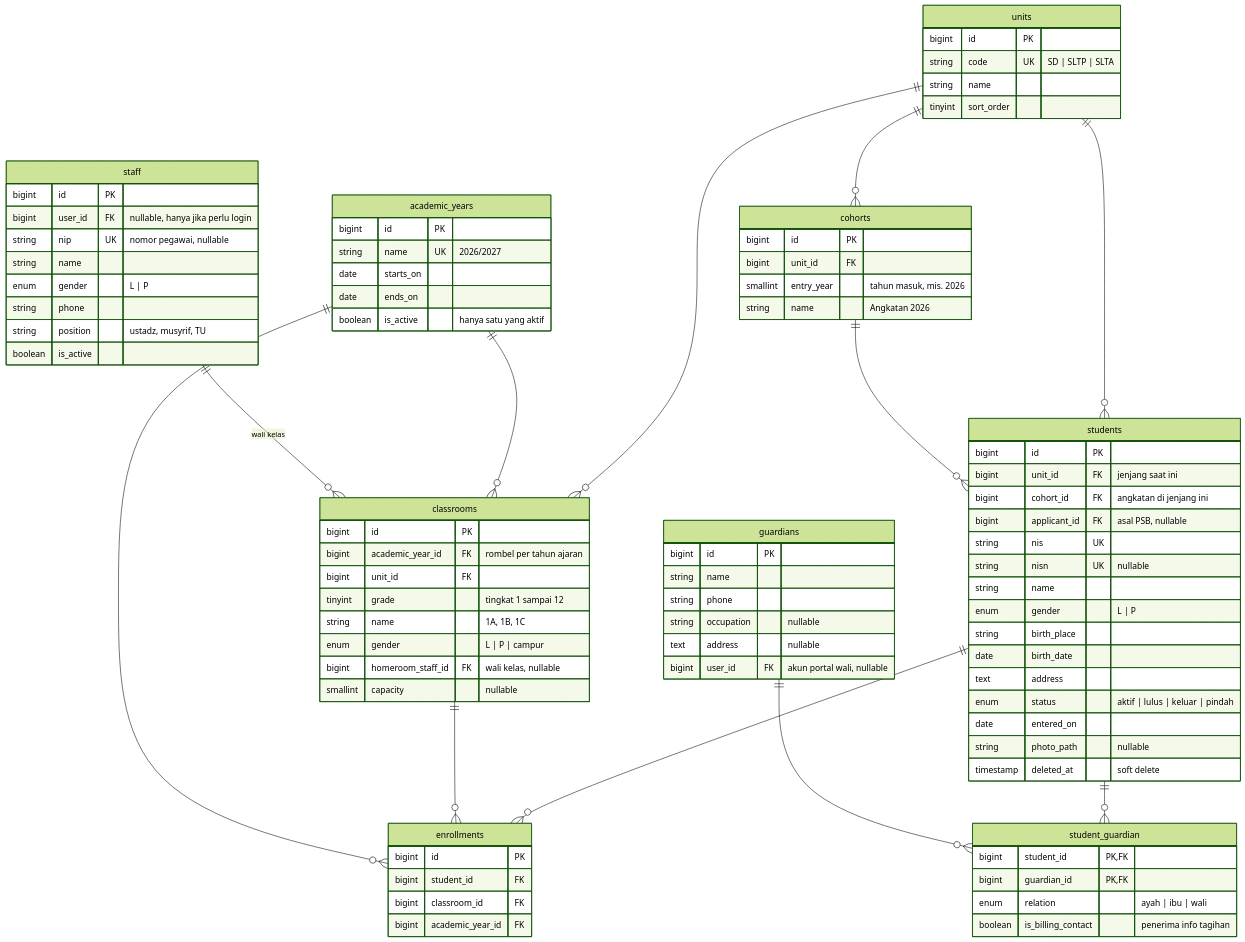
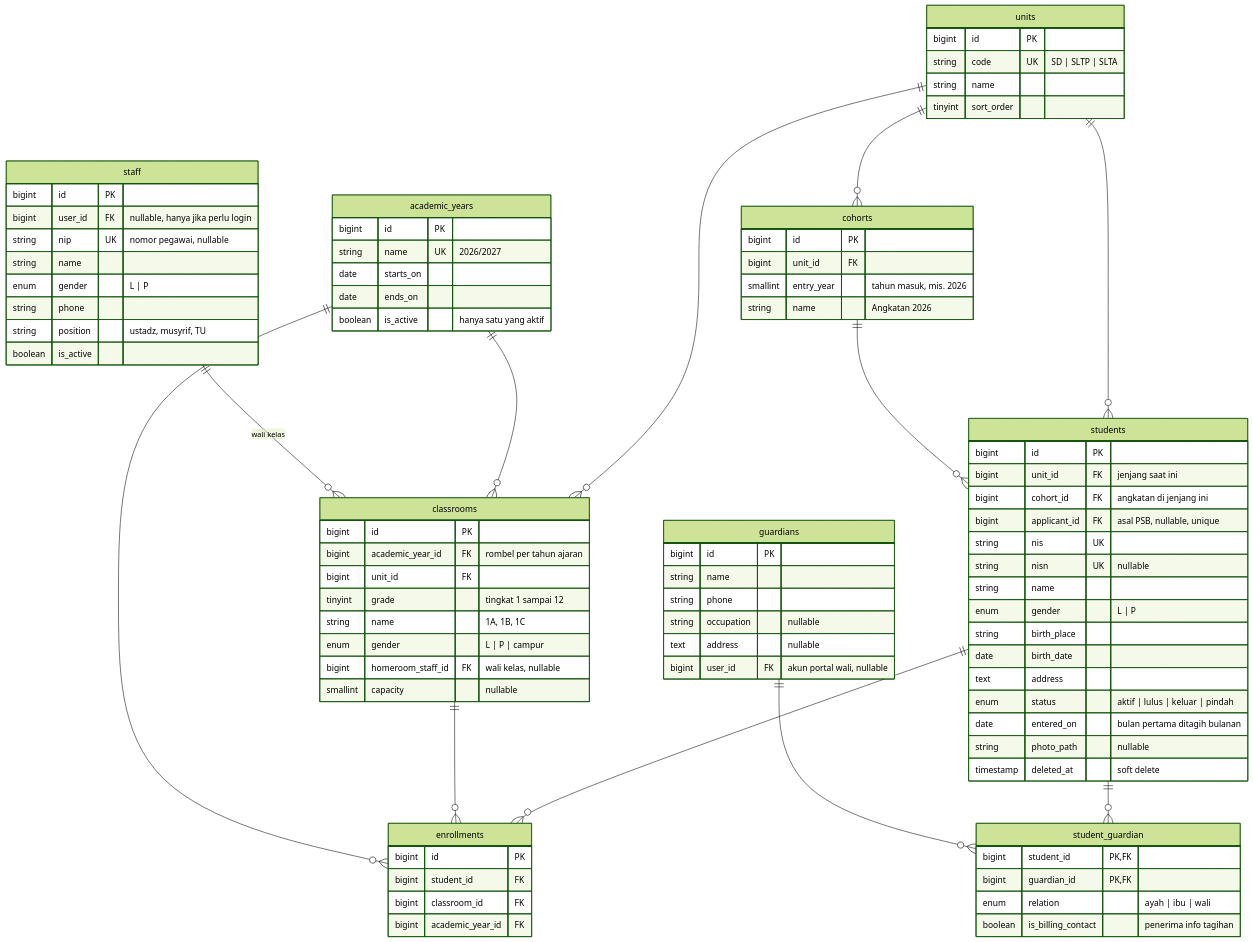
One commit to dankedev/pondok changed the second of 11 diagrams in docs/erd.md. Above: the diagram before and after it, drawn with Mermaid (forest theme). The commit also changed other lines of this file and 1 other file, not shown here.

Commit message:
docs(psb): sinkronkan ERD dan panduan desain untuk daftar ulang

```diff
--- a/docs/erd.md
+++ b/docs/erd.md
@@ -110,7 +110,7 @@
     bigint id PK
     bigint unit_id FK "jenjang saat ini"
     bigint cohort_id FK "angkatan di jenjang ini"
-    bigint applicant_id FK "asal PSB, nullable"
+    bigint applicant_id FK "asal PSB, nullable, unique"
     string nis UK
     string nisn UK "nullable"
     string name
@@ -119,7 +119,7 @@
     date birth_date
     text address
     enum status "aktif | lulus | keluar | pindah"
-    date entered_on
+    date entered_on "bulan pertama ditagih bulanan"
     string photo_path "nullable"
     timestamp deleted_at "soft delete"
   }
```
